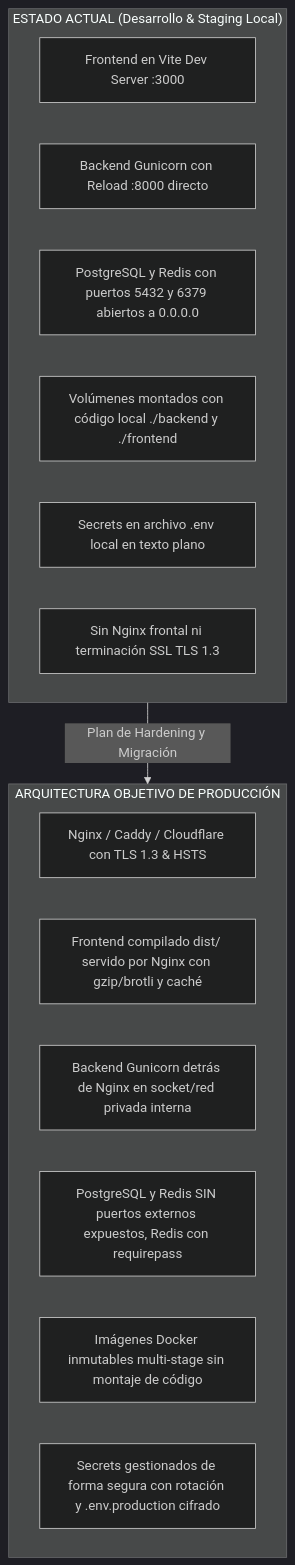
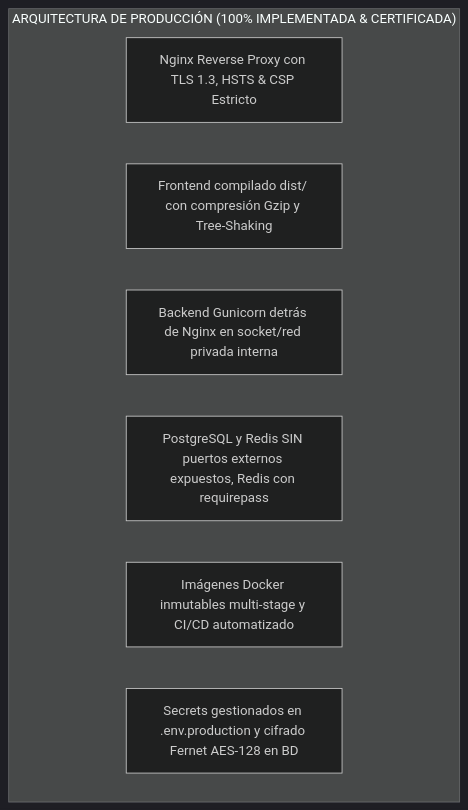
The first of 2 diagrams in docs/PRODUCTION_READINESS.md (davis2830/Sentinela), drawn with Mermaid (dark theme) before and after one commit. The commit also changed other lines of this file and 10 other files, not shown here.

````diff
--- a/docs/PRODUCTION_READINESS.md
+++ b/docs/PRODUCTION_READINESS.md
@@ -25,22 +22,11 @@
 ```mermaid
 flowchart TD
-    subgraph ACTUAL["ESTADO ACTUAL (Desarrollo & Staging Local)"]
-        A1[Frontend en Vite Dev Server :3000]
-        A2[Backend Gunicorn con Reload :8000 directo]
-        A3[PostgreSQL y Redis con puertos 5432 y 6379 abiertos a 0.0.0.0]
-        A4[Volúmenes montados con código local ./backend y ./frontend]
-        A5[Secrets en archivo .env local en texto plano]
-        A6[Sin Nginx frontal ni terminación SSL TLS 1.3]
-    end
-
-    subgraph PRODUCCION["ARQUITECTURA OBJETIVO DE PRODUCCIÓN"]
-        P1[Nginx / Caddy / Cloudflare con TLS 1.3 & HSTS]
-        P2[Frontend compilado dist/ servido por Nginx con gzip/brotli y caché]
+    subgraph PRODUCCION["ARQUITECTURA DE PRODUCCIÓN (100% IMPLEMENTADA & CERTIFICADA)"]
+        P1[Nginx Reverse Proxy con TLS 1.3, HSTS & CSP Estricto]
+        P2[Frontend compilado dist/ con compresión Gzip y Tree-Shaking]
         P3[Backend Gunicorn detrás de Nginx en socket/red privada interna]
         P4[PostgreSQL y Redis SIN puertos externos expuestos, Redis con requirepass]
-        P5[Imágenes Docker inmutables multi-stage sin montaje de código]
-        P6[Secrets gestionados de forma segura con rotación y .env.production cifrado]
+        P5[Imágenes Docker inmutables multi-stage y CI/CD automatizado]
+        P6[Secrets gestionados en .env.production y cifrado Fernet AES-128 en BD]
     end
-
-    ACTUAL -->|Plan de Hardening y Migración| PRODUCCION
 ```
````
